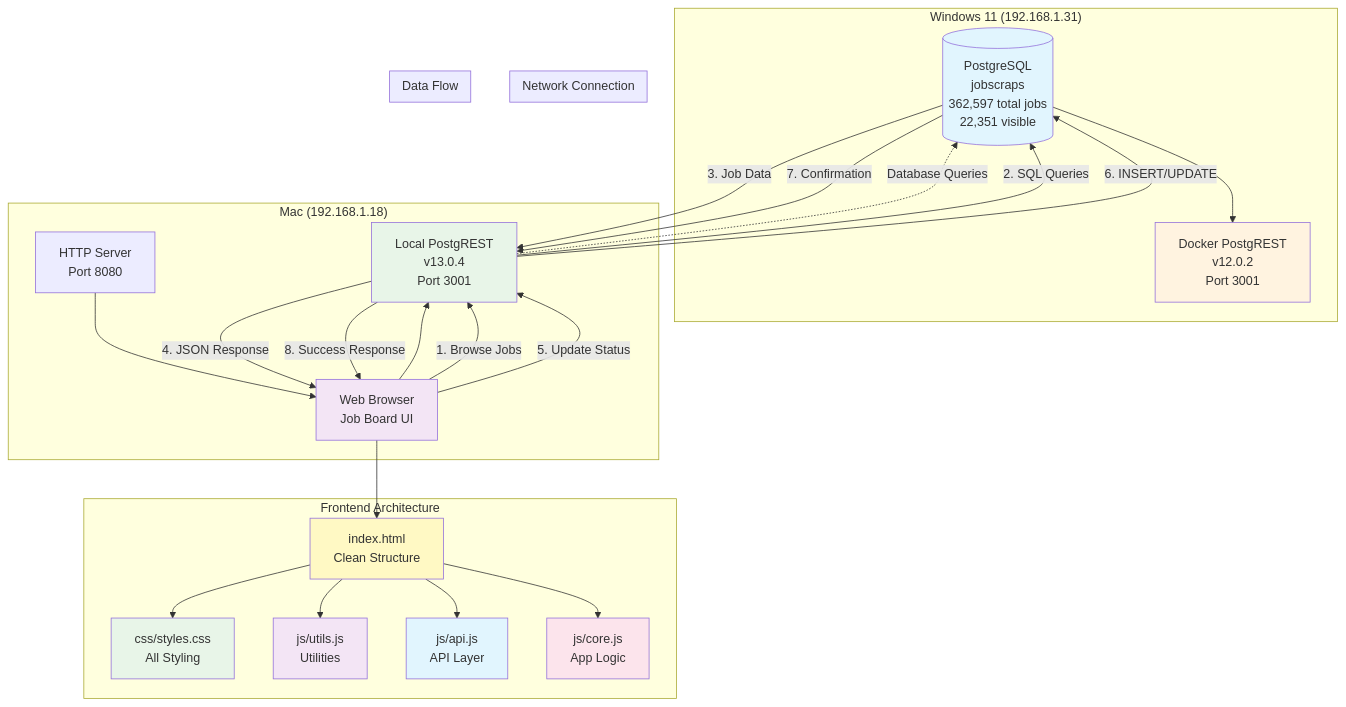
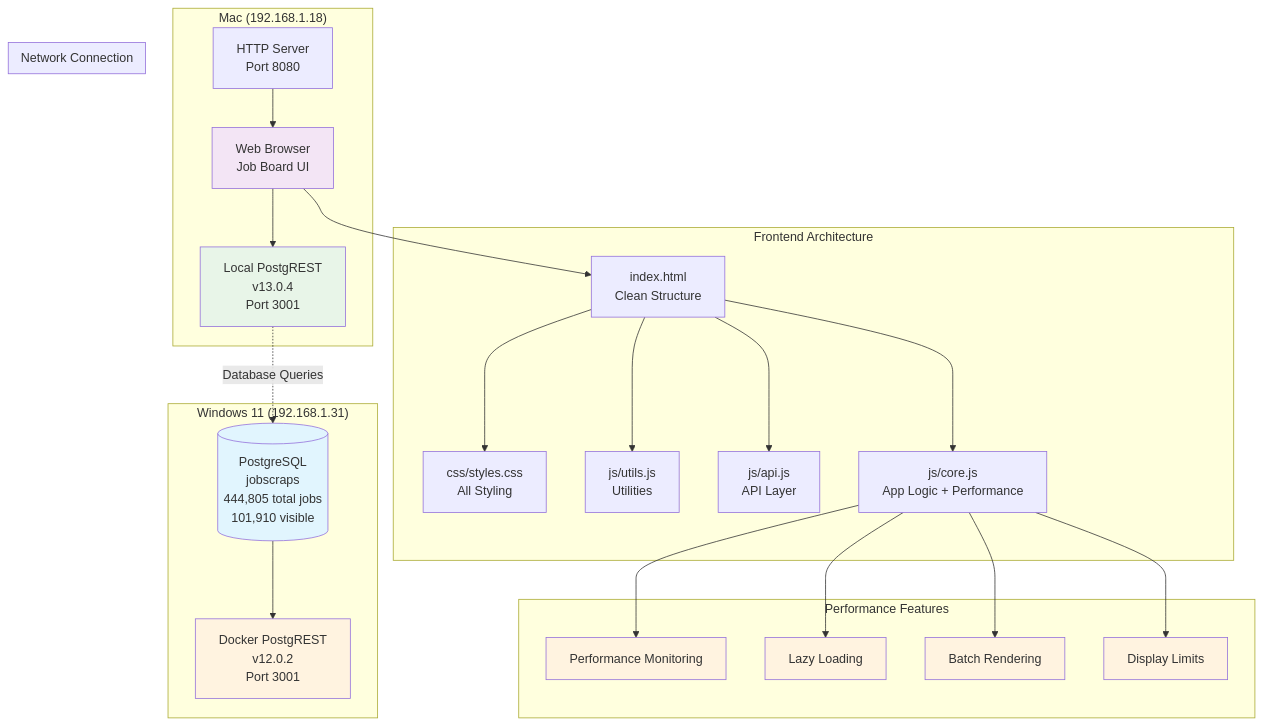
The diagram in jobscraps_frontend_README.md (zenseeker0/jobscraps_frontend), drawn with Mermaid before and after one commit. The commit also changed other lines of this file and 9 other files, not shown here.

````diff
--- a/jobscraps_frontend_README.md
+++ b/jobscraps_frontend_README.md
@@ -33,51 +36,45 @@
 ```mermaid
 graph TB
     subgraph "Windows 11 (192.168.1.31)"
-        PG[(PostgreSQL<br/>jobscraps<br/>362,597 total jobs<br/>22,351 visible)]
+        PG[(PostgreSQL<br/>jobscraps<br/>444,805 total jobs<br/>101,910 visible)]
         DPR[Docker PostgREST<br/>v12.0.2<br/>Port 3001]
         PG --> DPR
     end
     
     subgraph "Mac (192.168.1.18)"
         LPR[Local PostgREST<br/>v13.0.4<br/>Port 3001]
         WEB[HTTP Server<br/>Port 8080]
         BROWSER[Web Browser<br/>Job Board UI]
         
         WEB --> BROWSER
         BROWSER --> LPR
     end
     
     subgraph "Frontend Architecture"
         BROWSER --> HTML[index.html<br/>Clean Structure]
         HTML --> CSS[css/styles.css<br/>All Styling]
         HTML --> UTILS[js/utils.js<br/>Utilities]
         HTML --> API[js/api.js<br/>API Layer]
-        HTML --> CORE[js/core.js<br/>App Logic]
+        HTML --> CORE[js/core.js<br/>App Logic + Performance]
+    end
+    
+    subgraph "Performance Features"
+        CORE --> PERF[Performance Monitoring]
+        CORE --> LAZY[Lazy Loading]
+        CORE --> BATCH[Batch Rendering]
+        CORE --> LIMIT[Display Limits]
     end
     
     subgraph "Network Connection"
         LPR -.->|Database Queries| PG
     end
     
-    subgraph "Data Flow"
-        BROWSER -->|1. Browse Jobs| LPR
-        LPR -->|2. SQL Queries| PG
-        PG -->|3. Job Data| LPR
-        LPR -->|4. JSON Response| BROWSER
-        
-        BROWSER -->|5. Update Status| LPR
-        LPR -->|6. INSERT/UPDATE| PG
-        PG -->|7. Confirmation| LPR
-        LPR -->|8. Success Response| BROWSER
-    end
-    
     style PG fill:#e1f5fe
     style BROWSER fill:#f3e5f5
     style LPR fill:#e8f5e8
     style DPR fill:#fff3e0
-    style HTML fill:#fff9c4
-    style CSS fill:#e8f5e8
-    style UTILS fill:#f3e5f5
-    style API fill:#e1f5fe
-    style CORE fill:#fce4ec
+    style PERF fill:#fff3e0
+    style LAZY fill:#fff3e0
+    style BATCH fill:#fff3e0
+    style LIMIT fill:#fff3e0
 ```
````
